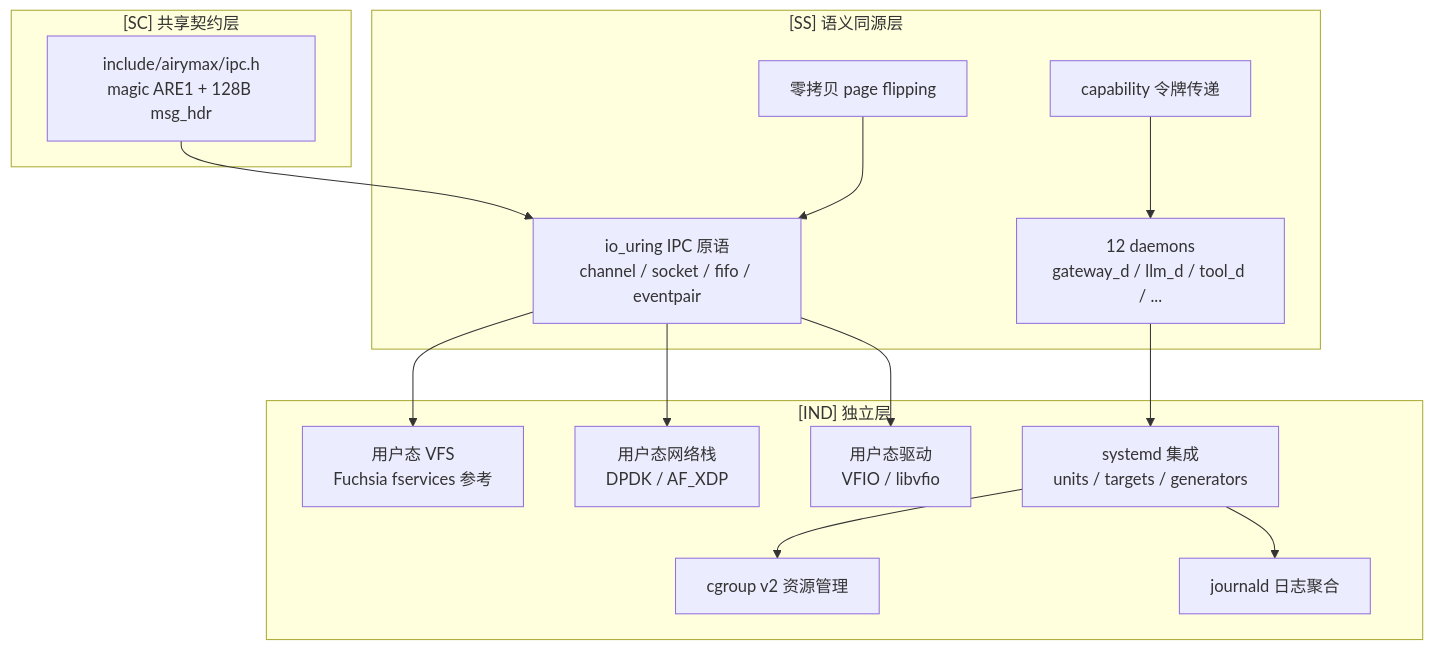
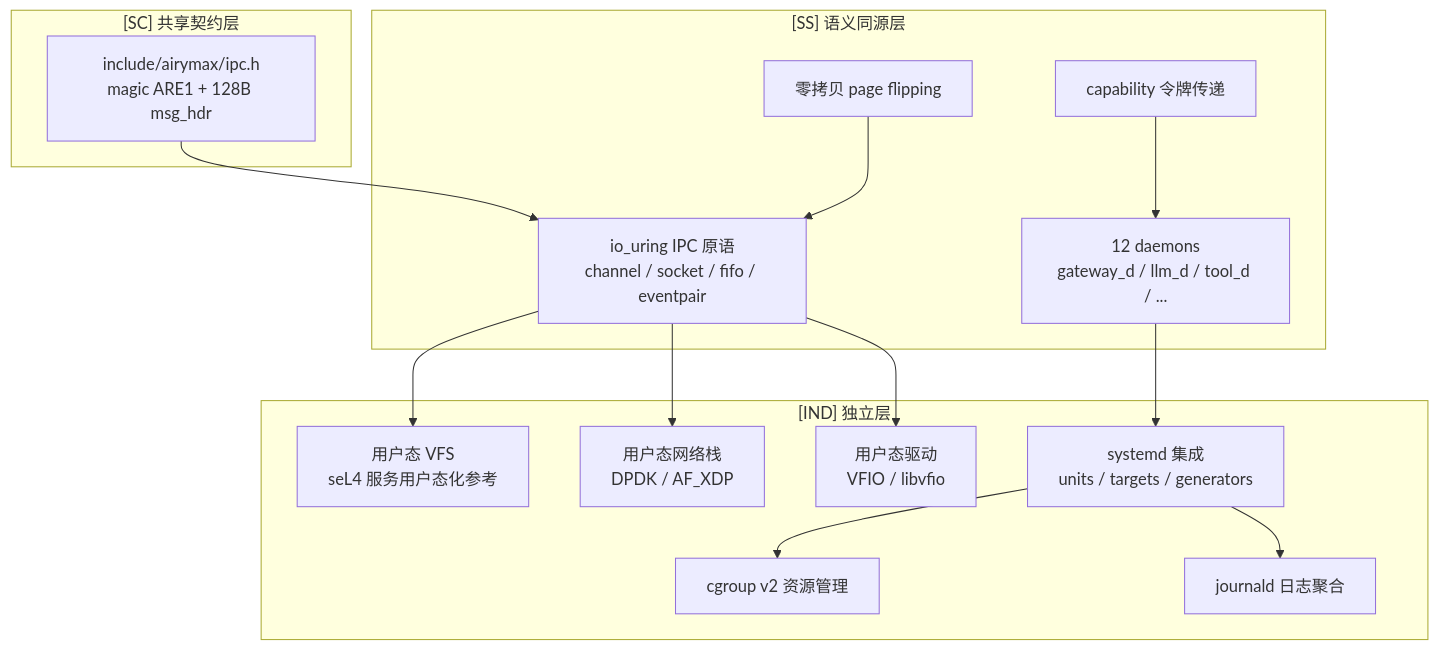
The second of 2 diagrams in AirymaxOS/20-modules/02-services.md (openairymax/docs), drawn with Mermaid before and after one commit. The commit also changed other lines of this file and 75 other files, not shown here.

````diff
--- a/AirymaxOS/20-modules/02-services.md
+++ b/AirymaxOS/20-modules/02-services.md
@@ -403,29 +403,29 @@
 ```mermaid
 graph TD
     subgraph SC["[SC] 共享契约层"]
         IPC_HDR[include/airymax/ipc.h<br/>magic ARE1 + 128B msg_hdr]
     end
     subgraph SS["[SS] 语义同源层"]
         DAEMONS[12 daemons<br/>gateway_d / llm_d / tool_d / ...]
         PRIMITIVES[io_uring IPC 原语<br/>channel / socket / fifo / eventpair]
         CAP_TOKEN[capability 令牌传递]
         ZERO_COPY[零拷贝 page flipping]
     end
     subgraph IND["[IND] 独立层"]
-        VFS[用户态 VFS<br/>Fuchsia fservices 参考]
+        VFS[用户态 VFS<br/>seL4 服务用户态化参考]
         NET[用户态网络栈<br/>DPDK / AF_XDP]
         DRV[用户态驱动<br/>VFIO / libvfio]
         SYSTEMD[systemd 集成<br/>units / targets / generators]
         CGROUP[cgroup v2 资源管理]
         JOURNALD[journald 日志聚合]
     end
     IPC_HDR --> PRIMITIVES
     DAEMONS --> SYSTEMD
     PRIMITIVES --> VFS
     PRIMITIVES --> NET
     PRIMITIVES --> DRV
     CAP_TOKEN --> DAEMONS
     ZERO_COPY --> PRIMITIVES
     SYSTEMD --> CGROUP
     SYSTEMD --> JOURNALD
 ```
````
